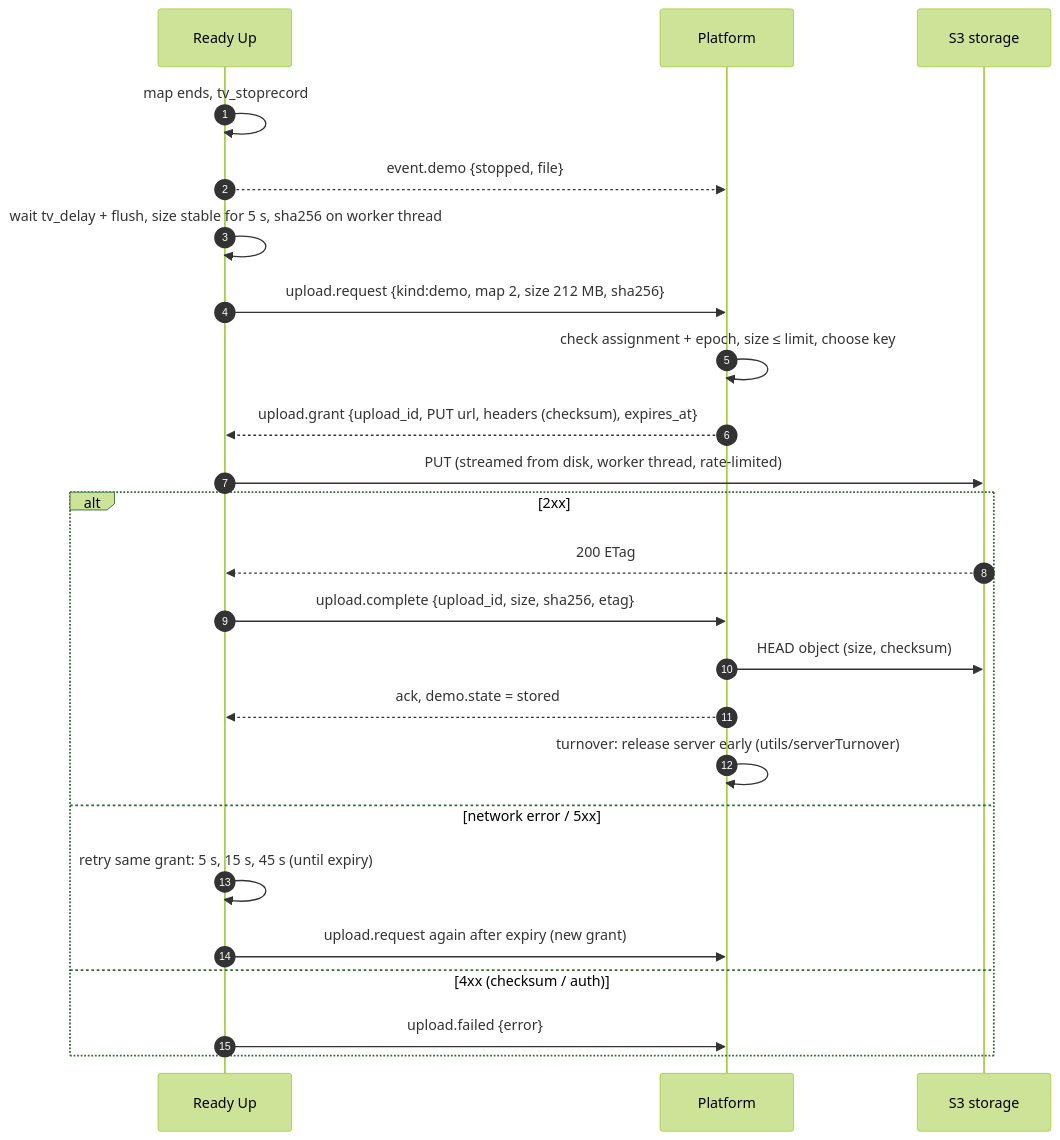
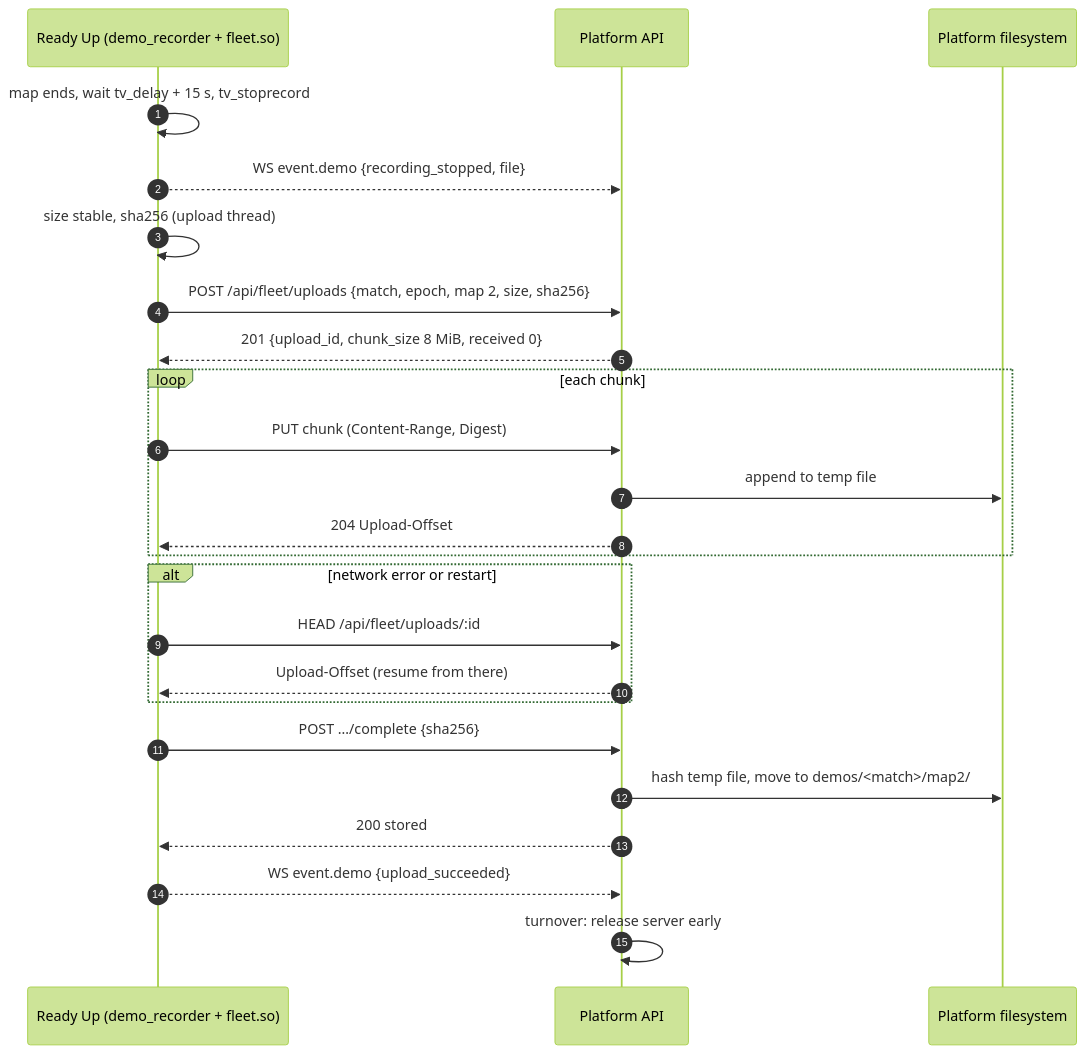
The sixth of 7 diagrams in docs/FLEET.md (Auto-Tournament/ready-up), drawn with Mermaid (forest theme) before and after one commit. The commit also changed other lines of this file, not shown here.

First line of the commit message:
docs(fleet): bake in Sivert's review decisions, add hosts (csm) channel

````diff
--- a/docs/FLEET.md
+++ b/docs/FLEET.md
@@ -849,26 +885,26 @@
 ```mermaid
 sequenceDiagram
     autonumber
-    participant RU as Ready Up
-    participant GW as Platform
-    participant S3 as S3 storage
-    RU->>RU: map ends, tv_stoprecord
-    RU-->>GW: event.demo {stopped, file}
-    RU->>RU: wait tv_delay + flush, size stable for 5 s, sha256 on worker thread
-    RU->>GW: upload.request {kind:demo, map 2, size 212 MB, sha256}
-    GW->>GW: check assignment + epoch, size ≤ limit, choose key
-    GW-->>RU: upload.grant {upload_id, PUT url, headers (checksum), expires_at}
-    RU->>S3: PUT (streamed from disk, worker thread, rate-limited)
-    alt 2xx
-        S3-->>RU: 200 ETag
-        RU->>GW: upload.complete {upload_id, size, sha256, etag}
-        GW->>S3: HEAD object (size, checksum)
-        GW-->>RU: ack, demo.state = stored
-        GW->>GW: turnover: release server early (utils/serverTurnover)
-    else network error / 5xx
-        RU->>RU: retry same grant: 5 s, 15 s, 45 s (until expiry)
-        RU->>GW: upload.request again after expiry (new grant)
-    else 4xx (checksum / auth)
-        RU->>GW: upload.failed {error}
+    participant RU as Ready Up (demo_recorder + fleet.so)
+    participant API as Platform API
+    participant FS as Platform filesystem
+    RU->>RU: map ends, wait tv_delay + 15 s, tv_stoprecord
+    RU-->>API: WS event.demo {recording_stopped, file}
+    RU->>RU: size stable, sha256 (upload thread)
+    RU->>API: POST /api/fleet/uploads {match, epoch, map 2, size, sha256}
+    API-->>RU: 201 {upload_id, chunk_size 8 MiB, received 0}
+    loop each chunk
+        RU->>API: PUT chunk (Content-Range, Digest)
+        API->>FS: append to temp file
+        API-->>RU: 204 Upload-Offset
     end
+    alt network error or restart
+        RU->>API: HEAD /api/fleet/uploads/:id
+        API-->>RU: Upload-Offset (resume from there)
+    end
+    RU->>API: POST …/complete {sha256}
+    API->>FS: hash temp file, move to demos/<match>/map2/
+    API-->>RU: 200 stored
+    RU-->>API: WS event.demo {upload_succeeded}
+    API->>API: turnover: release server early
 ```
````
